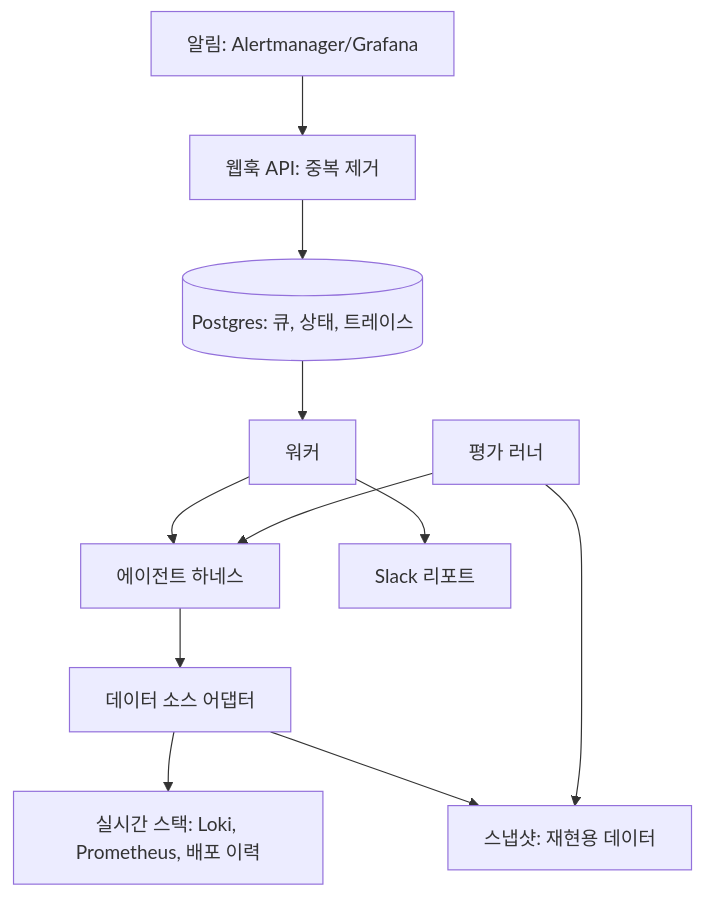
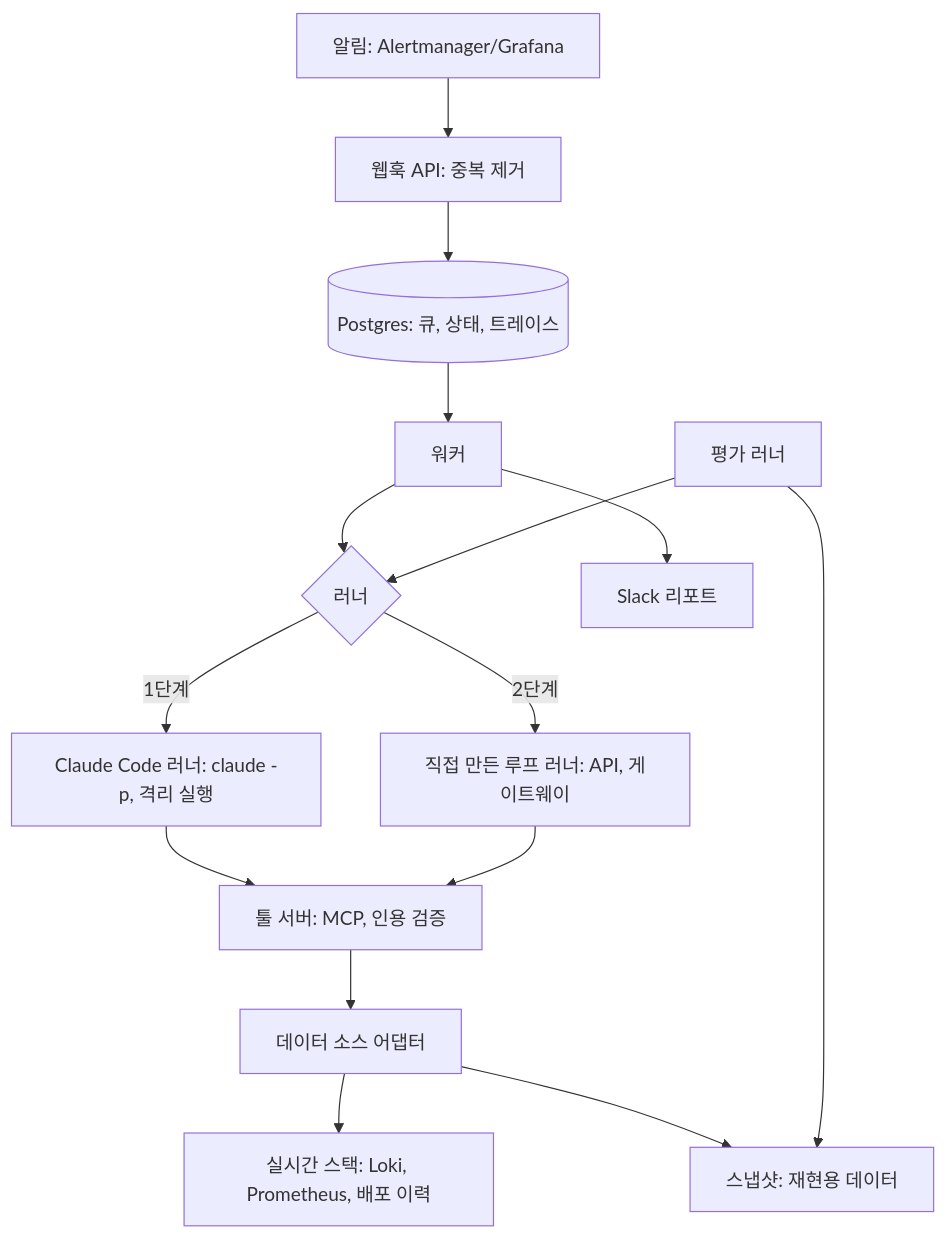
Before and after one commit to JessJess-Choi/oncall-agent: the diagram in docs/ARCHITECTURE.md, drawn with Mermaid. The commit also changed other lines of this file and 5 other files, not shown here.

````diff
--- a/docs/ARCHITECTURE.md
+++ b/docs/ARCHITECTURE.md
@@ -3,13 +3,17 @@
 ```mermaid
 flowchart TD
-  A[알림: Alertmanager/Grafana] --> B[웹훅 API: 중복 제거]
-  B --> C[(Postgres: 큐, 상태, 트레이스)]
-  C --> D[워커]
-  D --> E[에이전트 하네스]
-  E --> F[데이터 소스 어댑터]
-  F --> G[실시간 스택: Loki, Prometheus, 배포 이력]
-  F --> H[스냅샷: 재현용 데이터]
-  D --> I[Slack 리포트]
-  J[평가 러너] --> E
+  A["알림: Alertmanager/Grafana"] --> B["웹훅 API: 중복 제거"]
+  B --> C[("Postgres: 큐, 상태, 트레이스")]
+  C --> D["워커"]
+  D --> R{"러너"}
+  R -->|1단계| R1["Claude Code 러너: claude -p, 격리 실행"]
+  R -->|2단계| R2["직접 만든 루프 러너: API, 게이트웨이"]
+  R1 --> T["툴 서버: MCP, 인용 검증"]
+  R2 --> T
+  T --> F["데이터 소스 어댑터"]
+  F --> G["실시간 스택: Loki, Prometheus, 배포 이력"]
+  F --> H["스냅샷: 재현용 데이터"]
+  D --> I["Slack 리포트"]
+  J["평가 러너"] --> R
   J --> H
 ```
````
